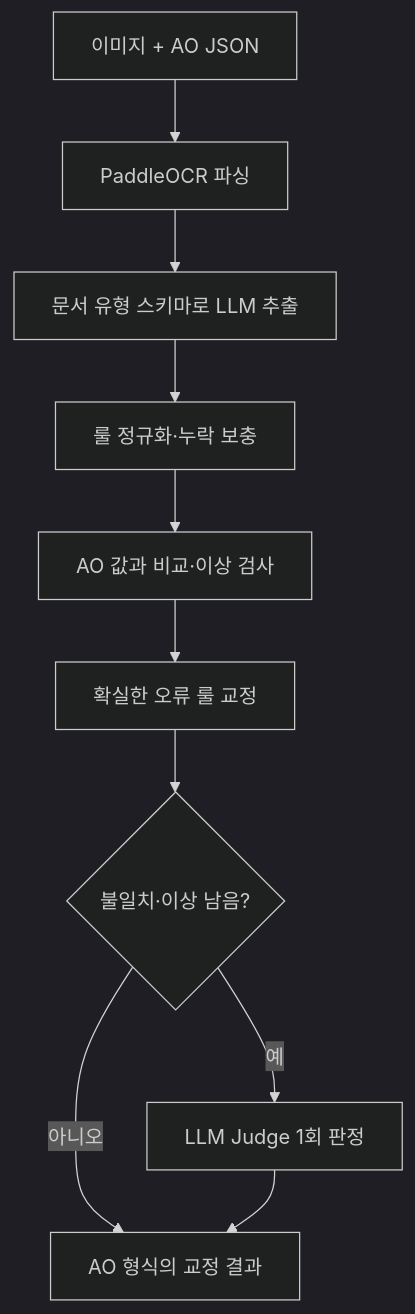
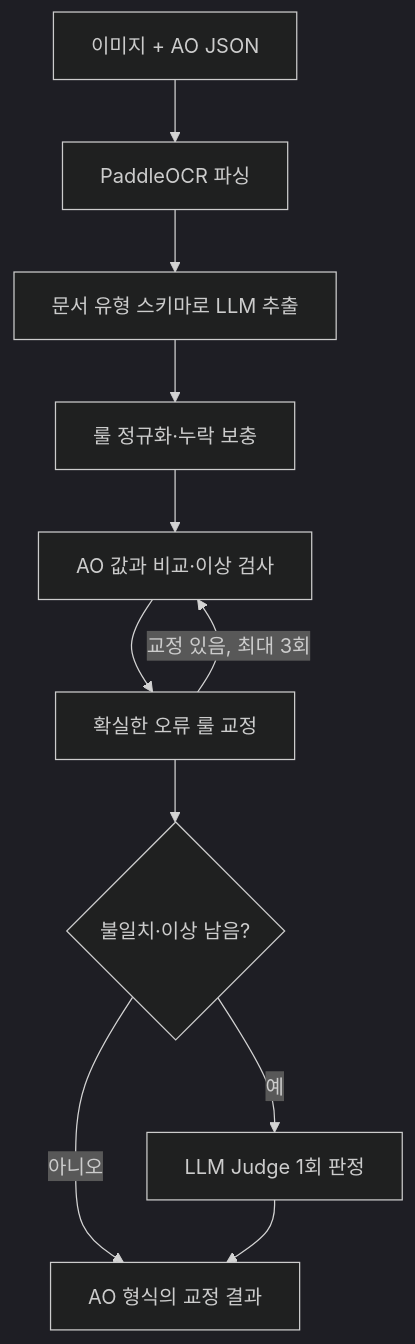
Before and after one commit to pilsu-choi/Docraft: the third of 3 diagrams in README.md, drawn with Mermaid (dark theme). The commit also changed other lines of this file and 4 other files, not shown here.

````diff
--- a/README.md
+++ b/README.md
@@ -94,12 +94,13 @@
 ```mermaid
 flowchart TD
     Input[이미지 + AO JSON] --> Parse[PaddleOCR 파싱]
     Parse --> LLM[문서 유형 스키마로 LLM 추출]
     LLM --> Rules[룰 정규화·누락 보충]
     Rules --> Check[AO 값과 비교·이상 검사]
     Check --> Fix[확실한 오류 룰 교정]
+    Fix -- 교정 있음, 최대 3회 --> Check
     Fix --> Diff{불일치·이상 남음?}
     Diff -- 예 --> Judge[LLM Judge 1회 판정]
     Diff -- 아니오 --> Output[AO 형식의 교정 결과]
     Judge --> Output
 ```
````
